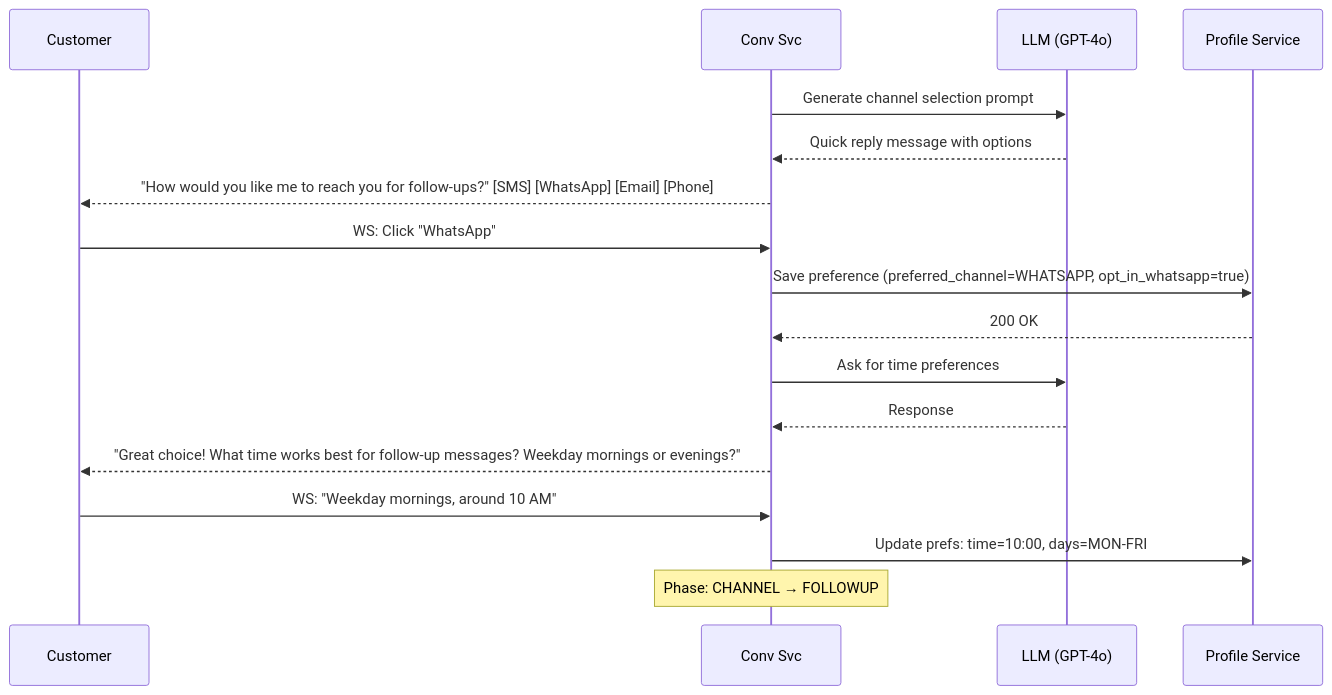
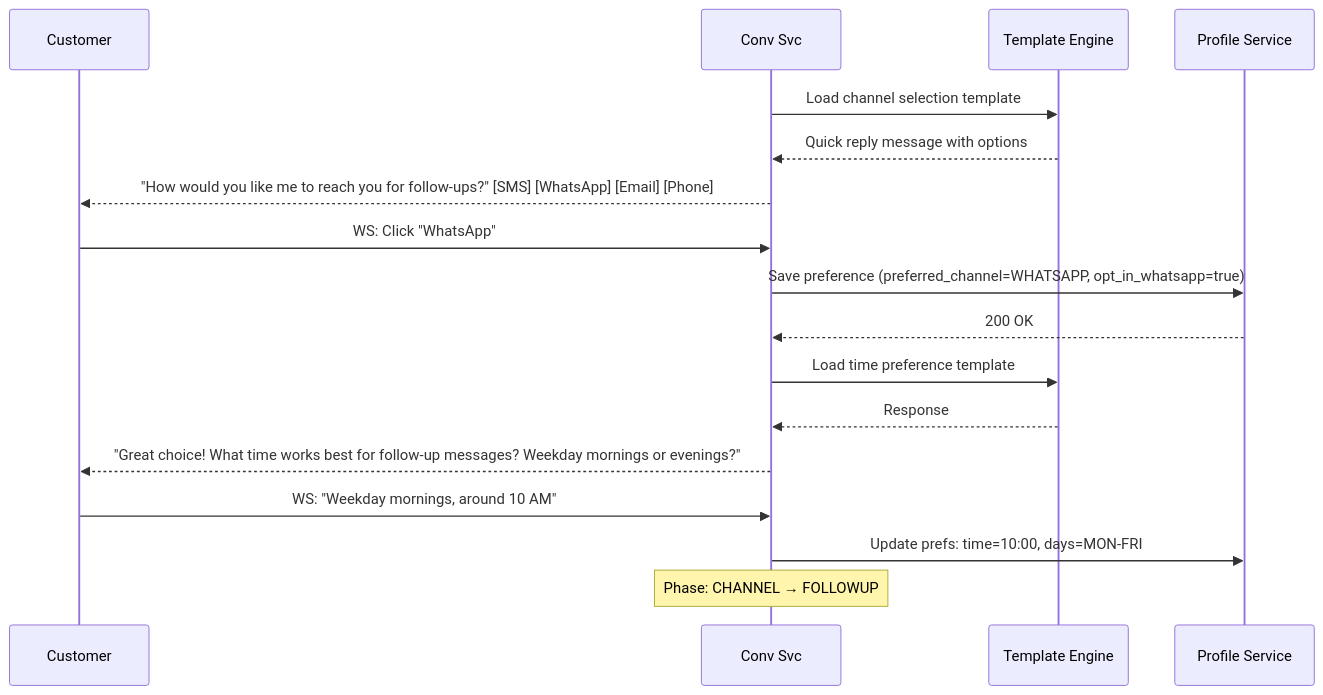
Before and after one commit to Cognition-Partner-Workshops/uc-framework-upgrade-monolith-to-microservices: the seventh of 20 diagrams in docs/design/05-sequence-diagrams.md, drawn with Mermaid. The commit also changed other lines of this file and 4 other files, not shown here.

````diff
--- a/docs/design/05-sequence-diagrams.md
+++ b/docs/design/05-sequence-diagrams.md
@@ -231,22 +227,22 @@
 ```mermaid
 sequenceDiagram
     participant C as Customer
     participant CS as Conv Svc
-    participant LLM as LLM (GPT-4o)
+    participant TE as Template Engine
     participant PS as Profile Service
 
-    CS->>LLM: Generate channel selection prompt
-    LLM-->>CS: Quick reply message with options
+    CS->>TE: Load channel selection template
+    TE-->>CS: Quick reply message with options
     CS-->>C: "How would you like me to reach you for follow-ups?" [SMS] [WhatsApp] [Email] [Phone]
 
     C->>CS: WS: Click "WhatsApp"
     CS->>PS: Save preference (preferred_channel=WHATSAPP, opt_in_whatsapp=true)
     PS-->>CS: 200 OK
-    CS->>LLM: Ask for time preferences
-    LLM-->>CS: Response
+    CS->>TE: Load time preference template
+    TE-->>CS: Response
     CS-->>C: "Great choice! What time works best for follow-up messages? Weekday mornings or evenings?"
 
     C->>CS: WS: "Weekday mornings, around 10 AM"
     CS->>PS: Update prefs: time=10:00, days=MON-FRI
     Note over CS: Phase: CHANNEL → FOLLOWUP
 ```
````
